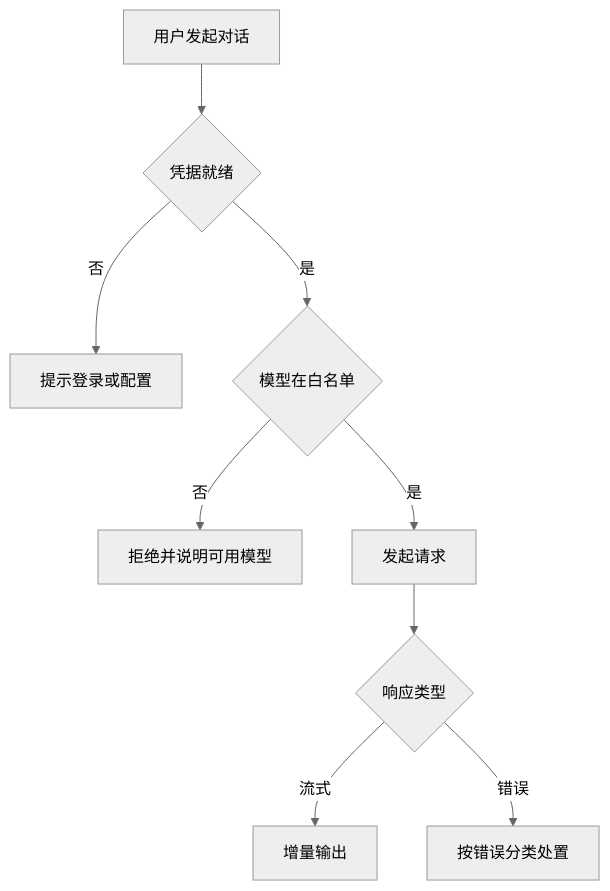
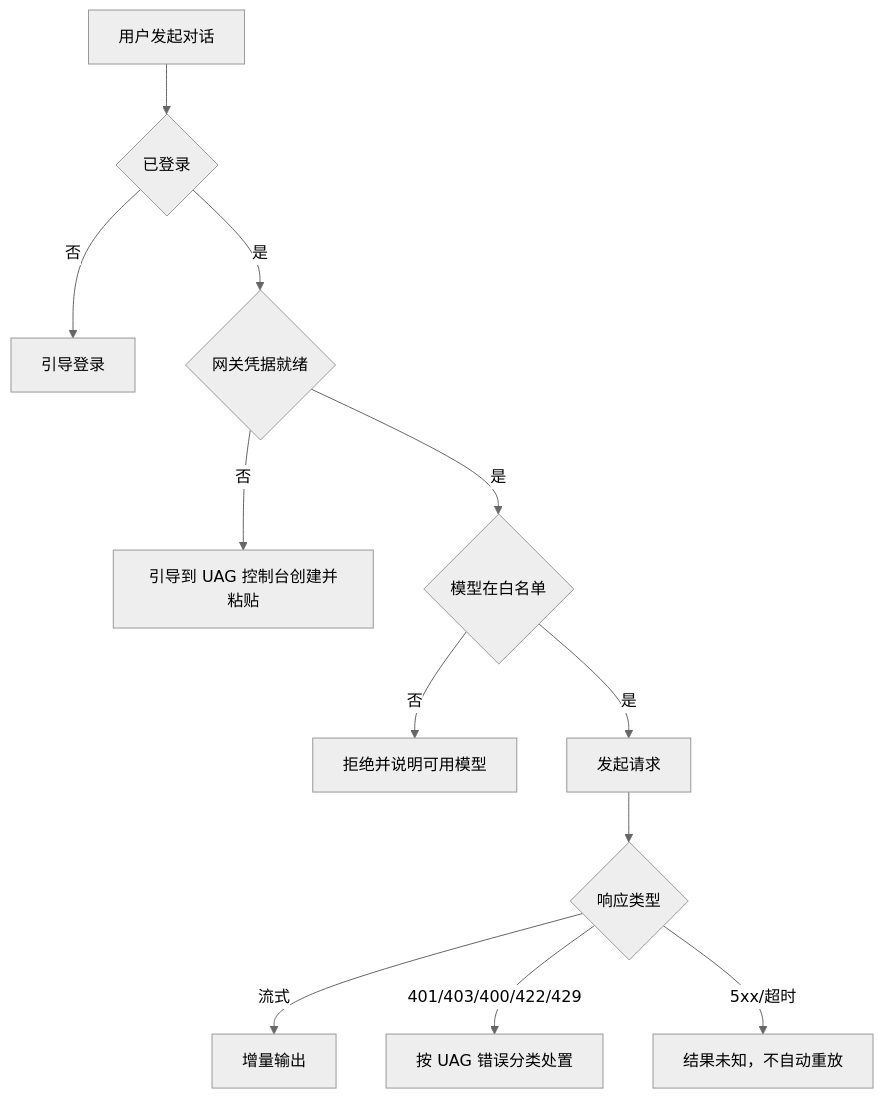
Before and after one commit to hrygo/heluo-forge: the diagram in docs/design/plugins/forge-gateway.md, drawn with Mermaid (neutral theme). The commit also changed other lines of this file and 13 other files, not shown here.

````diff
--- a/docs/design/plugins/forge-gateway.md
+++ b/docs/design/plugins/forge-gateway.md
@@ -107,11 +121,14 @@
 ```mermaid
 flowchart TD
-  A[用户发起对话] --> B{凭据就绪}
-  B -->|否| C[提示登录或配置]
-  B -->|是| D{模型在白名单}
-  D -->|否| E[拒绝并说明可用模型]
-  D -->|是| F[发起请求]
-  F --> G{响应类型}
-  G -->|流式| H[增量输出]
-  G -->|错误| I[按错误分类处置]
+  A[用户发起对话] --> B{已登录}
+  B -->|否| C[引导登录]
+  B -->|是| D{网关凭据就绪}
+  D -->|否| E[引导到 UAG 控制台创建并粘贴]
+  D -->|是| F{模型在白名单}
+  F -->|否| G[拒绝并说明可用模型]
+  F -->|是| H[发起请求]
+  H --> I{响应类型}
+  I -->|流式| J[增量输出]
+  I -->|401/403/400/422/429| K[按 UAG 错误分类处置]
+  I -->|5xx/超时| L[结果未知，不自动重放]
 ```
````
